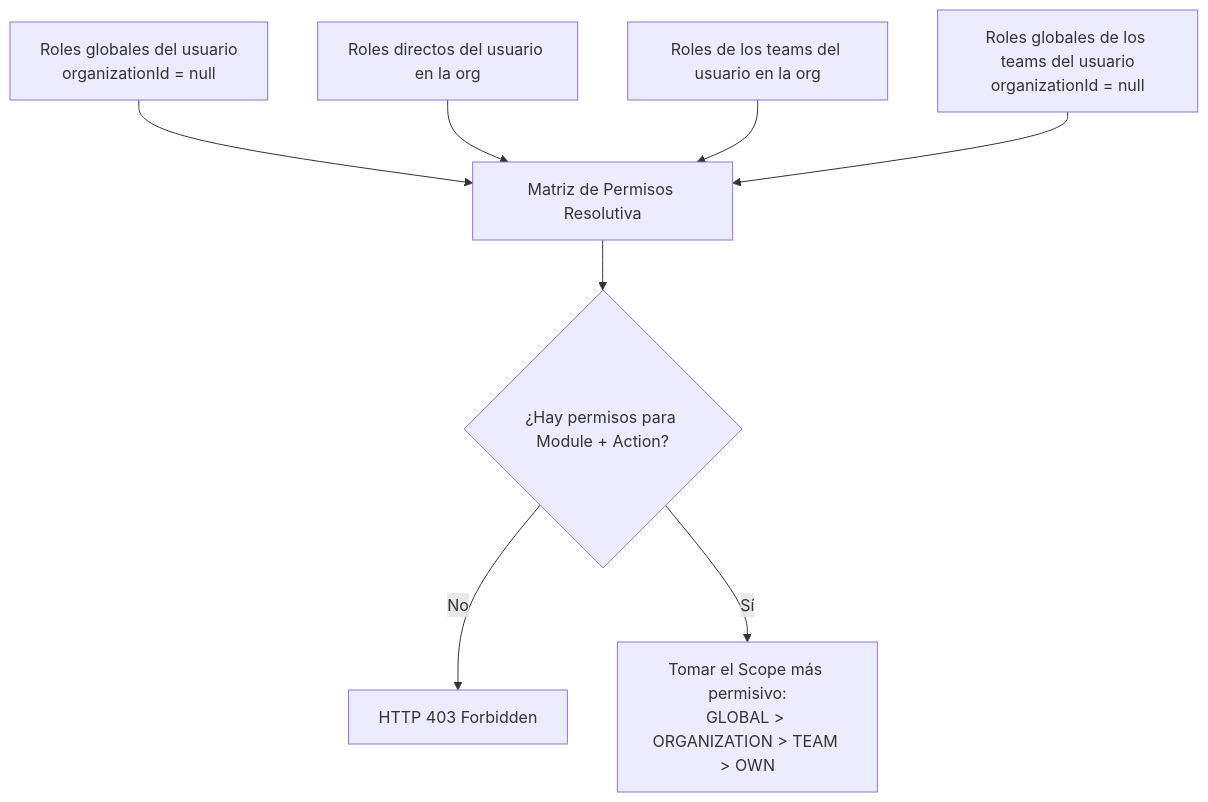
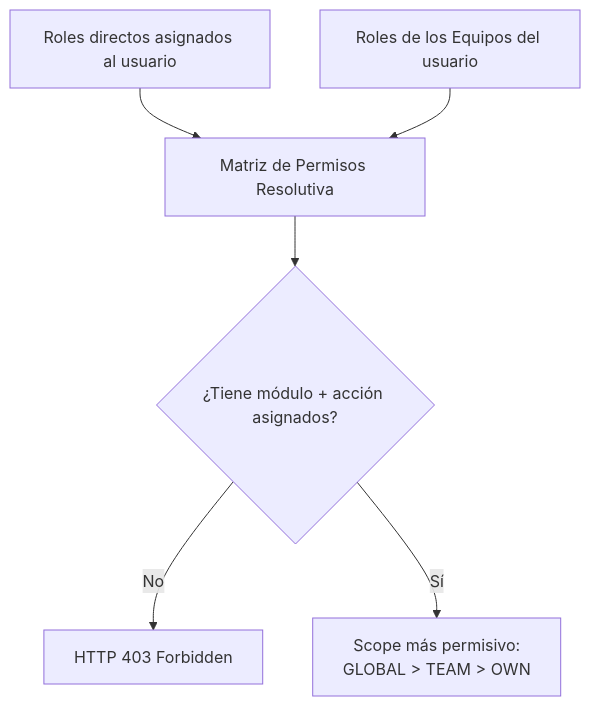
Before and after one commit to javireyramirez/plantilla-fastify: the second of 3 diagrams in rbac_ampliado.md, drawn with Mermaid. The commit also changed other lines of this file and 2 other files, not shown here.

````diff
--- a/rbac_ampliado.md
+++ b/rbac_ampliado.md
@@ -146,10 +223,8 @@
 ```mermaid
 graph TD
-    A[Roles globales del usuario<br/>organizationId = null] --> E[Matriz de Permisos Resolutiva]
-    B[Roles directos del usuario en la org] --> E
-    C[Roles de los teams del usuario en la org] --> E
-    D[Roles globales de los teams del usuario<br/>organizationId = null] --> E
-    E --> F{¿Hay permisos para Module + Action?}
+    A[Roles directos asignados al usuario] --> E[Matriz de Permisos Resolutiva]
+    B[Roles de los Equipos del usuario] --> E
+    E --> F{¿Tiene módulo + acción asignados?}
     F -- No --> G[HTTP 403 Forbidden]
-    F -- Sí --> H[Tomar el Scope más permisivo:<br/>GLOBAL > ORGANIZATION > TEAM > OWN]
+    F -- Sí --> H[Scope más permisivo:<br/>GLOBAL > TEAM > OWN]
 ```
````
